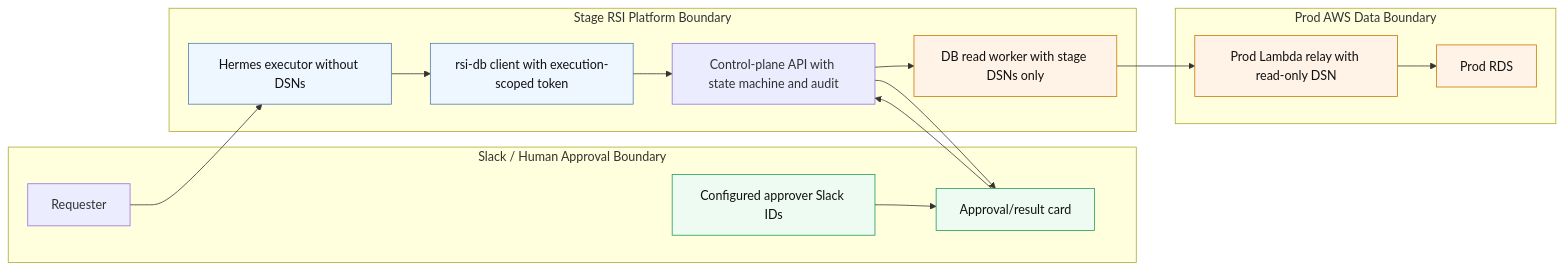
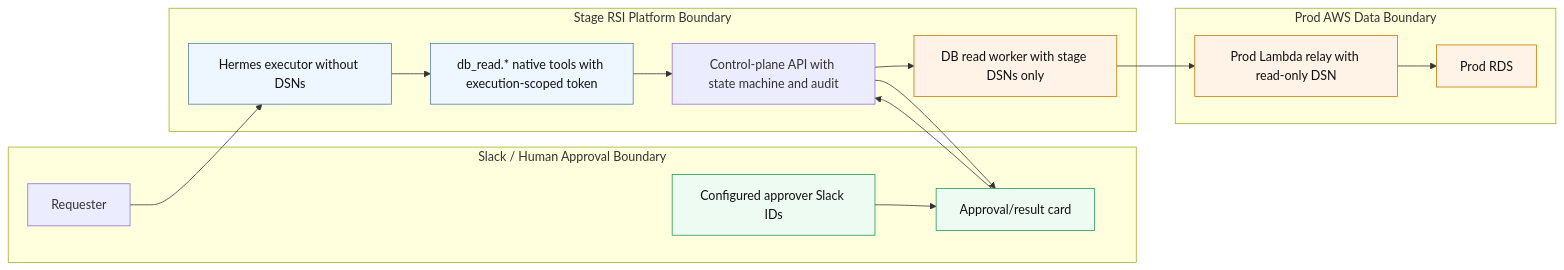
The second of 2 diagrams in docs/db-read-gateway-architecture.md (blakehuynh39/rsi-agent-platform), drawn with Mermaid before and after one commit. The commit also changed other lines of this file and 14 other files, not shown here.

First line of the commit message:
Add Hermes-native DB read tools (#692)

````diff
--- a/docs/db-read-gateway-architecture.md
+++ b/docs/db-read-gateway-architecture.md
@@ -54,37 +54,37 @@
 ```mermaid
 flowchart LR
     subgraph SlackBoundary["Slack / Human Approval Boundary"]
         Requester["Requester"]
         Approver["Configured approver Slack IDs"]
         Card["Approval/result card"]
     end
 
     subgraph StageBoundary["Stage RSI Platform Boundary"]
         Hermes["Hermes executor without DSNs"]
-        DBCLI["rsi-db client with execution-scoped token"]
+        DBTool["db_read.* native tools with execution-scoped token"]
         CP["Control-plane API with state machine and audit"]
         Worker["DB read worker with stage DSNs only"]
     end
 
     subgraph ProdBoundary["Prod AWS Data Boundary"]
         Lambda["Prod Lambda relay with read-only DSN"]
         ProdRDS["Prod RDS"]
     end
 
     Requester --> Hermes
-    Hermes --> DBCLI
-    DBCLI --> CP
+    Hermes --> DBTool
+    DBTool --> CP
     CP --> Card
     Approver --> Card
     Card --> CP
     CP --> Worker
     Worker --> Lambda
     Lambda --> ProdRDS
 
     classDef noSecrets fill:#eef6ff,stroke:#4f7cac,color:#111;
     classDef sensitive fill:#fff2e6,stroke:#c77700,color:#111;
     classDef approval fill:#eefbf3,stroke:#229954,color:#111;
-    class Hermes,DBCLI noSecrets;
+    class Hermes,DBTool noSecrets;
     class Worker,Lambda,ProdRDS sensitive;
     class Approver,Card approval;
 ```
````
